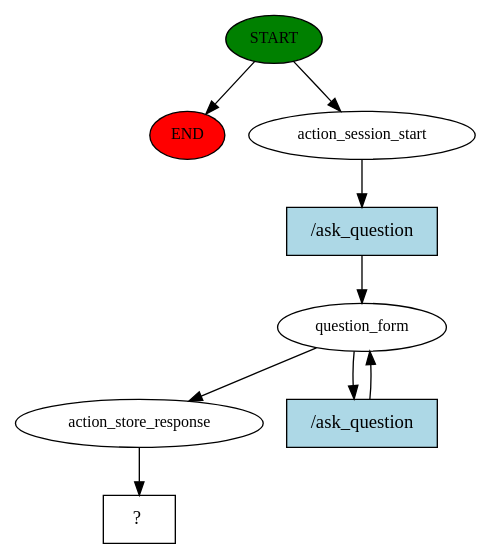
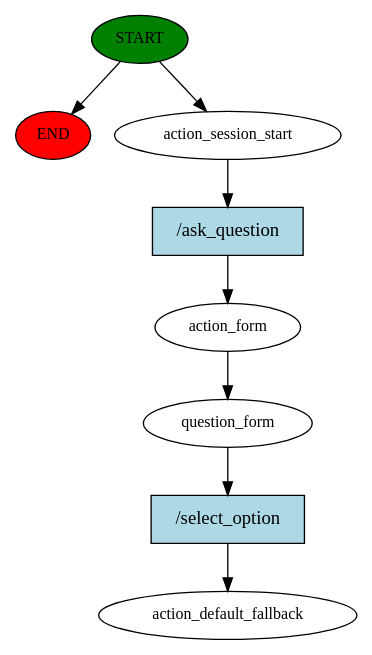
One commit to AIAnupSHrestha/amelia-chatbot changed the diagram in story_graph.dot. Above: the diagram before and after it, drawn with Graphviz. The commit also changed 8 other files, not shown here.

```diff
--- a/story_graph.dot
+++ b/story_graph.dot
@@ -1,18 +1,17 @@
 digraph  {
 0 [class="start active", fillcolor=green, fontsize=12, label=START, style=filled];
 "-1" [class=end, fillcolor=red, fontsize=12, label=END, style=filled];
 1 [class=active, fontsize=12, label=action_session_start];
-2 [class=active, fontsize=12, label=question_form];
-8 [class=active, fontsize=12, label=action_store_response];
-9 [class="intent dashed active", label="  ?  ", shape=rect];
-10 [class="intent active", fillcolor=lightblue, label="/ask_question", shape=rect, style=filled];
-11 [class="intent active", fillcolor=lightblue, label="/ask_question", shape=rect, style=filled];
+2 [class=active, fontsize=12, label=action_form];
+3 [class=active, fontsize=12, label=question_form];
+4 [class="dashed active", fontsize=12, label=action_default_fallback];
+5 [class="intent active", fillcolor=lightblue, label="/ask_question", shape=rect, style=filled];
+6 [class="intent active", fillcolor=lightblue, label="/select_option", shape=rect, style=filled];
 0 -> "-1"  [class="", key=NONE, label=""];
 0 -> 1  [class=active, key=NONE, label=""];
-1 -> 10  [class=active, key=0];
-2 -> 8  [class=active, key=NONE, label=""];
-2 -> 11  [class=active, key=0];
-8 -> 9  [class=active, key=NONE, label=""];
-10 -> 2  [class=active, key=0];
-11 -> 2  [class=active, key=0];
+1 -> 5  [class=active, key=0];
+2 -> 3  [class=active, key=NONE, label=""];
+3 -> 6  [class=active, key=0];
+5 -> 2  [class=active, key=0];
+6 -> 4  [class=active, key=0];
 }
```
